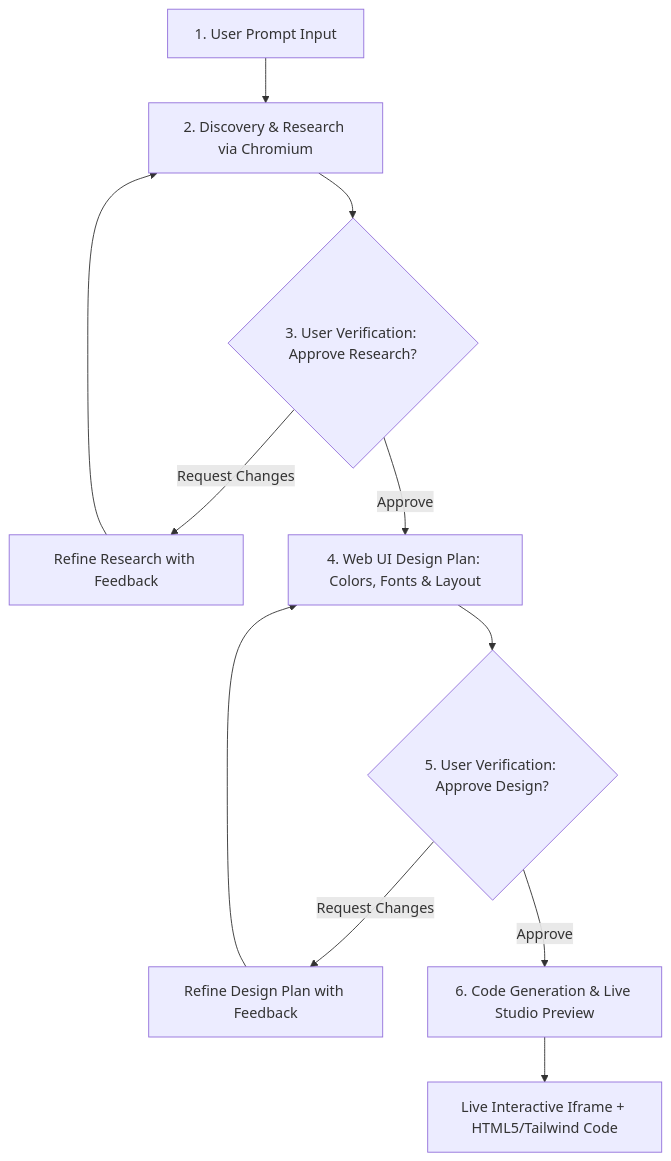
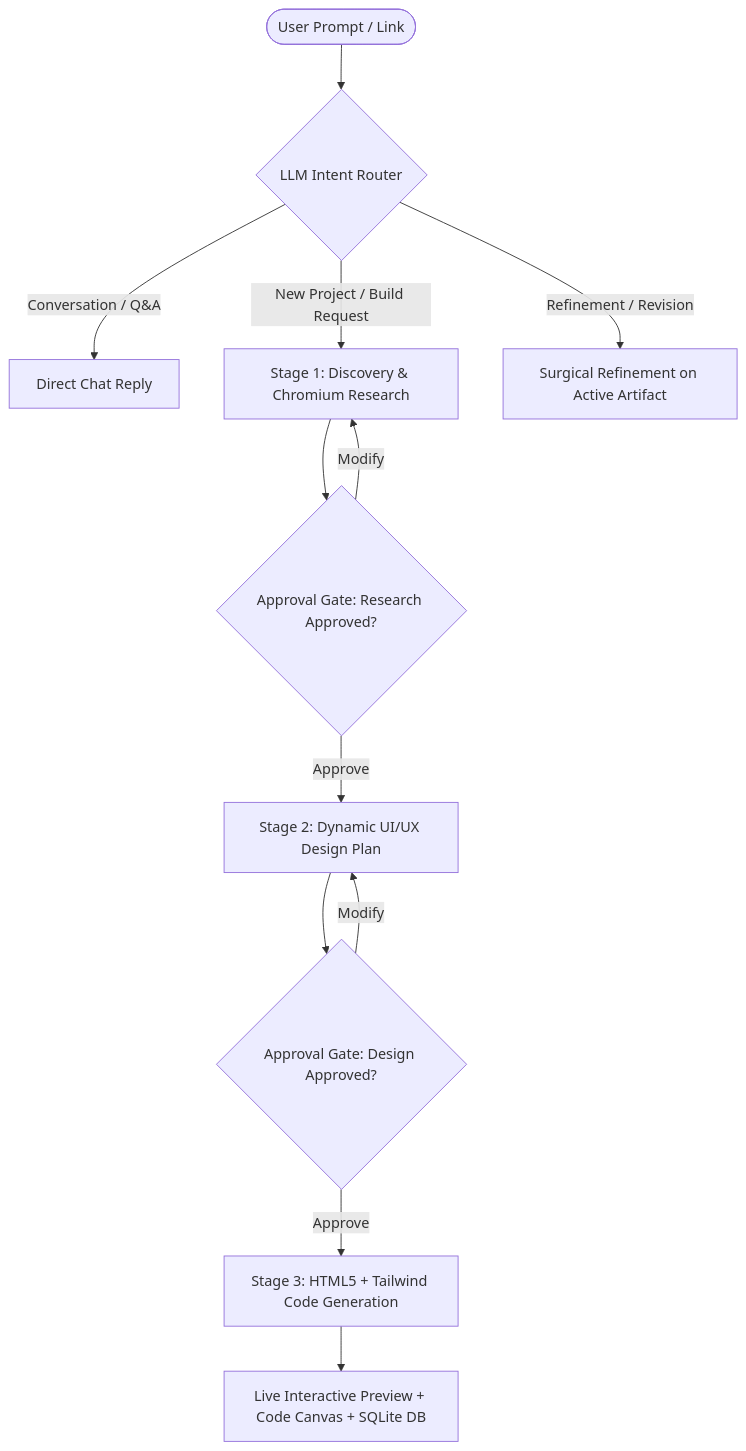
One commit to shah-ashish/AI-UI-STUDIO changed the diagram in README.md. Above: the diagram before and after it, drawn with Mermaid. The commit also changed other lines of this file and 10 other files, not shown here.

````diff
--- a/README.md
+++ b/README.md
@@ -9,15 +26,18 @@
 ```mermaid
 flowchart TD
-    Prompt[1. User Prompt Input] --> S1[2. Discovery & Research via Chromium]
-    S1 --> V1{3. User Verification: Approve Research?}
-    V1 -->|Request Changes| Refine1[Refine Research with Feedback]
-    Refine1 --> S1
-    V1 -->|Approve| S2[4. Web UI Design Plan: Colors, Fonts & Layout]
+    User([User Prompt / Link]) --> Router{LLM Intent Router}
     
-    S2 --> V2{5. User Verification: Approve Design?}
-    V2 -->|Request Changes| Refine2[Refine Design Plan with Feedback]
-    Refine2 --> S2
-    V2 -->|Approve| S3[6. Code Generation & Live Studio Preview]
-    
-    S3 --> Preview[Live Interactive Iframe + HTML5/Tailwind Code]
+    Router -->|Conversation / Q&A| ChatReply[Direct Chat Reply]
+    Router -->|New Project / Build Request| S1[Stage 1: Discovery & Chromium Research]
+    Router -->|Refinement / Revision| S_Refine[Surgical Refinement on Active Artifact]
+
+    S1 --> Gate1{Approval Gate: Research Approved?}
+    Gate1 -->|Modify| S1
+    Gate1 -->|Approve| S2[Stage 2: Dynamic UI/UX Design Plan]
+
+    S2 --> Gate2{Approval Gate: Design Approved?}
+    Gate2 -->|Modify| S2
+    Gate2 -->|Approve| S3[Stage 3: HTML5 + Tailwind Code Generation]
+
+    S3 --> Artifacts[Live Interactive Preview + Code Canvas + SQLite DB]
 ```
````
